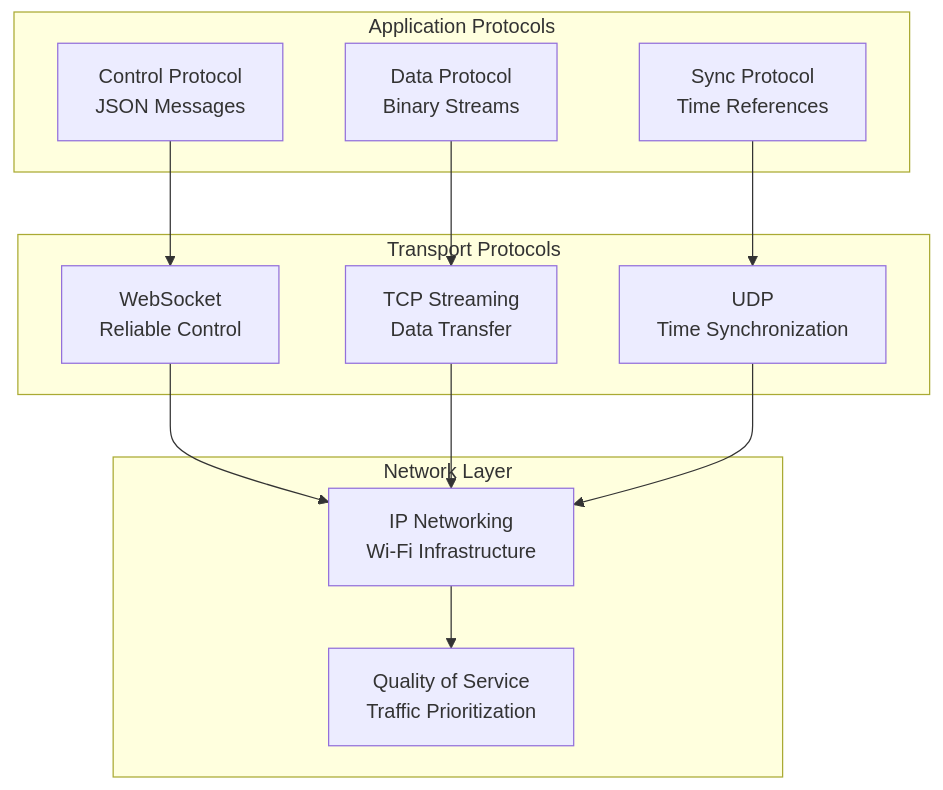
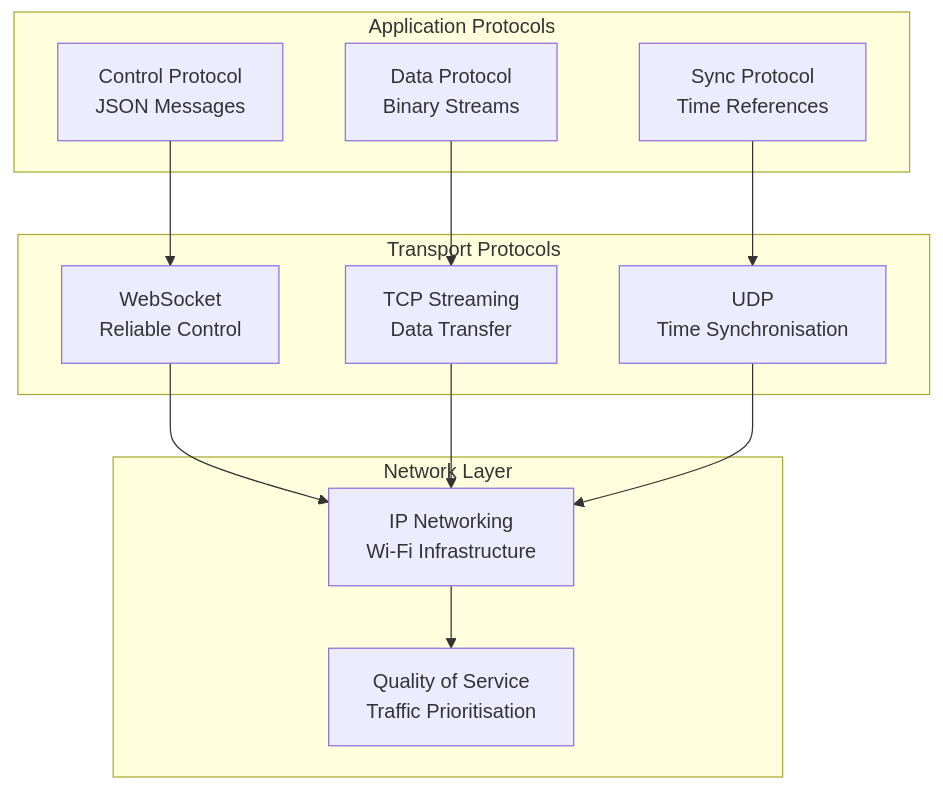
Before and after one commit to buccancs/fyp-multi-sensor-recording-system: the ninth of 10 diagrams in docs/thesis_report/draft_0/chapter_4_design_and_implementation.md, drawn with Mermaid. The commit also changed other lines of this file and 56 other files, not shown here.

````diff
--- a/docs/thesis_report/draft_0/chapter_4_design_and_implementation.md
+++ b/docs/thesis_report/draft_0/chapter_4_design_and_implementation.md
@@ -2417,27 +2417,27 @@
 ```mermaid
 graph TD
     subgraph "Application Protocols"
         CTRL[Control Protocol<br/>JSON Messages]
         DATA[Data Protocol<br/>Binary Streams]
         SYNC[Sync Protocol<br/>Time References]
     end
 
     subgraph "Transport Protocols"
         WS[WebSocket<br/>Reliable Control]
         TCP[TCP Streaming<br/>Data Transfer]
-        UDP[UDP<br/>Time Synchronization]
+        UDP[UDP<br/>Time Synchronisation]
     end
 
     subgraph "Network Layer"
         IP[IP Networking<br/>Wi-Fi Infrastructure]
-        QOS[Quality of Service<br/>Traffic Prioritization]
+        QOS[Quality of Service<br/>Traffic Prioritisation]
     end
 
     CTRL --> WS
     DATA --> TCP
     SYNC --> UDP
     WS --> IP
     TCP --> IP
     UDP --> IP
     IP --> QOS
 ```
````
